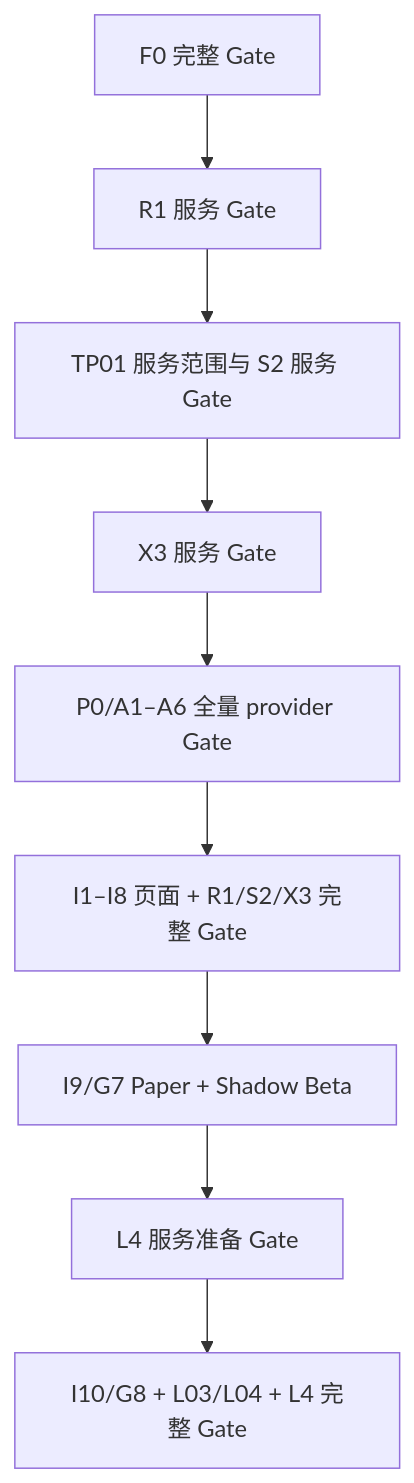
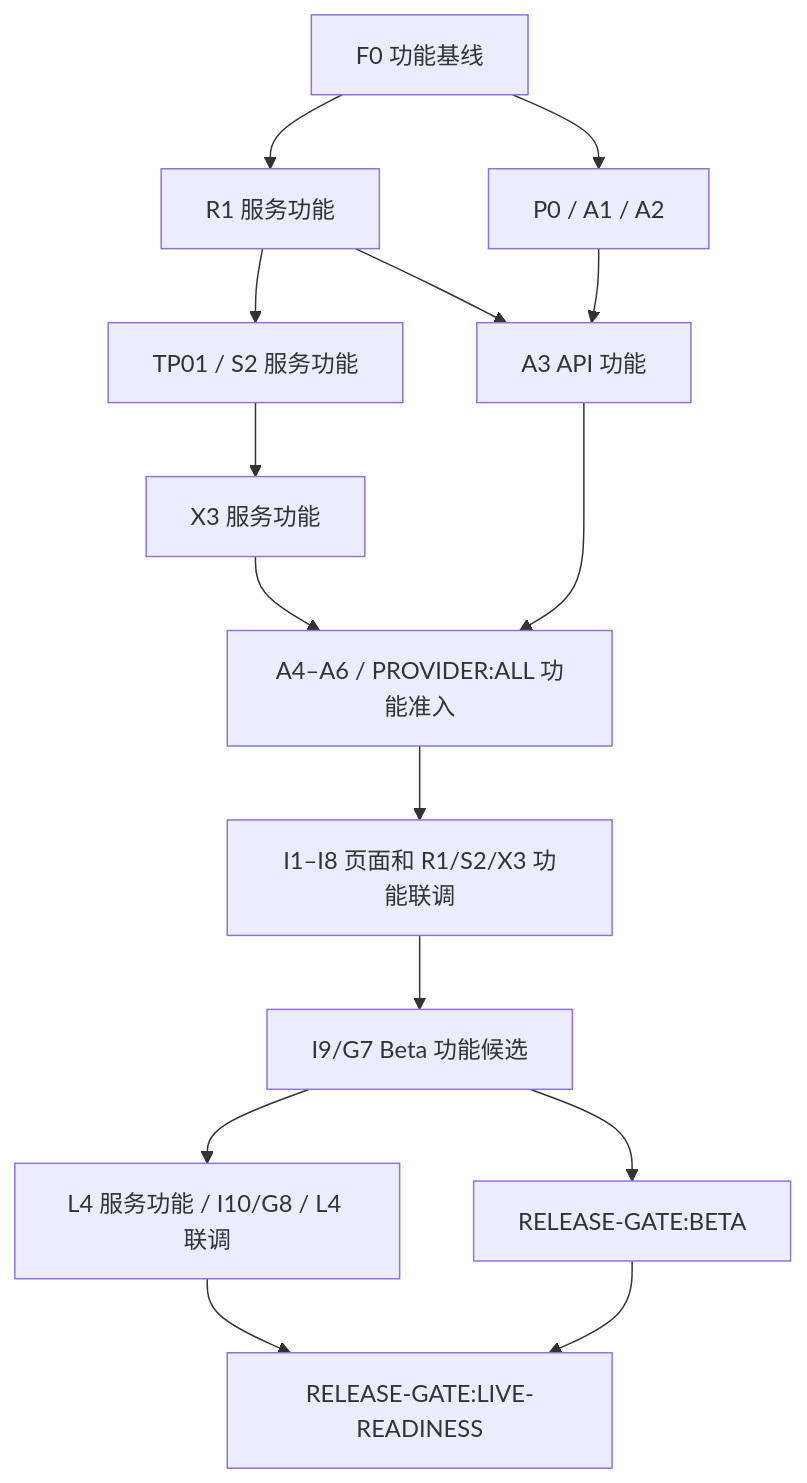
The diagram in docs/SumAlpha-QuantOS-Development-Plan.md (SumAlphaAI/QuantOS), drawn with Mermaid before and after one commit. The commit also changed other lines of this file and 5 other files, not shown here.

````diff
--- a/docs/SumAlpha-QuantOS-Development-Plan.md
+++ b/docs/SumAlpha-QuantOS-Development-Plan.md
@@ -198,11 +234,17 @@
 ```mermaid
 flowchart TD
-  F["F0 完整 Gate"] --> R["R1 服务 Gate"]
-  R --> T["TP01 服务范围与 S2 服务 Gate"]
-  T --> X["X3 服务 Gate"]
-  X --> A["P0/A1–A6 全量 provider Gate"]
-  A --> U["I1–I8 页面 + R1/S2/X3 完整 Gate"]
-  U --> B["I9/G7 Paper + Shadow Beta"]
-  B --> L["L4 服务准备 Gate"]
-  L --> M["I10/G8 + L03/L04 + L4 完整 Gate"]
+  F["F0 功能基线"] --> R["R1 服务功能"]
+  F --> P["P0 / A1 / A2"]
+  R --> T["TP01 / S2 服务功能"]
+  T --> X["X3 服务功能"]
+  R --> A3["A3 API 功能"]
+  P --> A3
+  A3 --> A["A4–A6 / PROVIDER:ALL 功能准入"]
+  X --> A
+  A --> U["I1–I8 页面和 R1/S2/X3 功能联调"]
+  U --> B["I9/G7 Beta 功能候选"]
+  B --> L["L4 服务功能 / I10/G8 / L4 联调"]
+  B --> RB["RELEASE-GATE:BETA"]
+  RB --> RL["RELEASE-GATE:LIVE-READINESS"]
+  L --> RL
 ```
````
